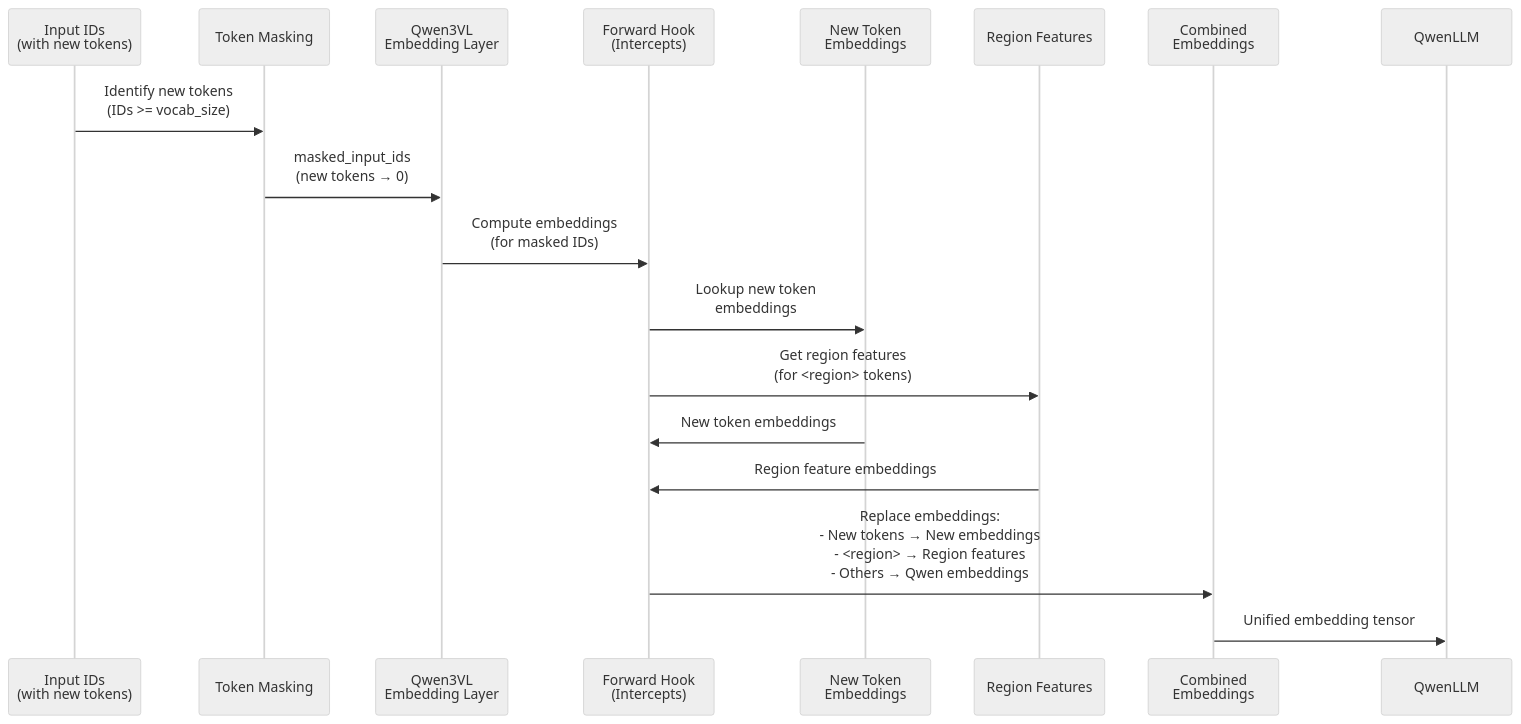
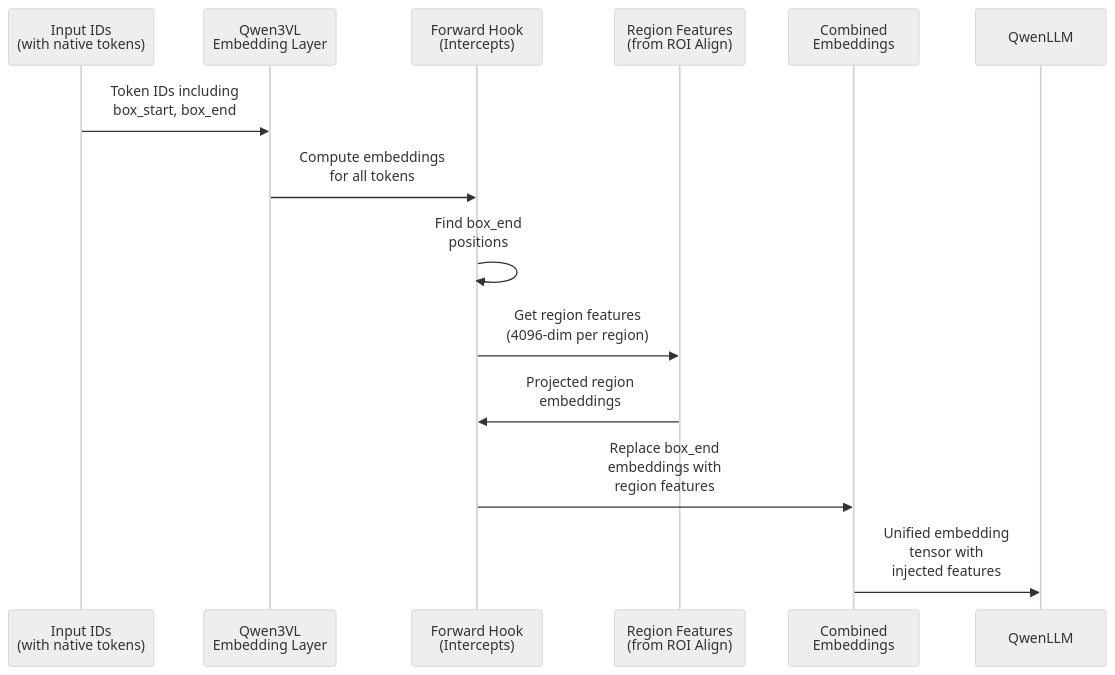
The third of 5 diagrams in docs/RETRAIN_PLAN_QWEN3VL.md (shaunliew-sit/Groma), drawn with Mermaid (neutral theme) before and after one commit. The commit also changed other lines of this file and 15 other files, not shown here.

````diff
--- a/docs/RETRAIN_PLAN_QWEN3VL.md
+++ b/docs/RETRAIN_PLAN_QWEN3VL.md
@@ -359,25 +152,21 @@
 ```mermaid
 sequenceDiagram
-    participant Input as Input IDs<br/>(with new tokens)
-    participant Mask as Token Masking
+    participant Input as Input IDs<br/>(with native tokens)
     participant QwenEmb as Qwen3VL<br/>Embedding Layer
     participant Hook as Forward Hook<br/>(Intercepts)
-    participant NewEmb as New Token<br/>Embeddings
-    participant RegionFeat as Region Features
+    participant RegionFeat as Region Features<br/>(from ROI Align)
     participant Output as Combined<br/>Embeddings
     
-    Input->>Mask: Identify new tokens<br/>(IDs >= vocab_size)
-    Mask->>QwenEmb: masked_input_ids<br/>(new tokens → 0)
+    Input->>QwenEmb: Token IDs including<br/>box_start, box_end
     
-    QwenEmb->>Hook: Compute embeddings<br/>(for masked IDs)
+    QwenEmb->>Hook: Compute embeddings<br/>for all tokens
     
-    Hook->>NewEmb: Lookup new token<br/>embeddings
-    Hook->>RegionFeat: Get region features<br/>(for <region> tokens)
+    Hook->>Hook: Find box_end<br/>positions
+    Hook->>RegionFeat: Get region features<br/>(4096-dim per region)
     
-    NewEmb->>Hook: New token embeddings
-    RegionFeat->>Hook: Region feature embeddings
+    RegionFeat->>Hook: Projected region<br/>embeddings
     
-    Hook->>Output: Replace embeddings:<br/>- New tokens → New embeddings<br/>- <region> → Region features<br/>- Others → Qwen embeddings
+    Hook->>Output: Replace box_end<br/>embeddings with<br/>region features
     
-    Output->>QwenLLM: Unified embedding tensor
+    Output->>QwenLLM: Unified embedding<br/>tensor with<br/>injected features
 ```
````
